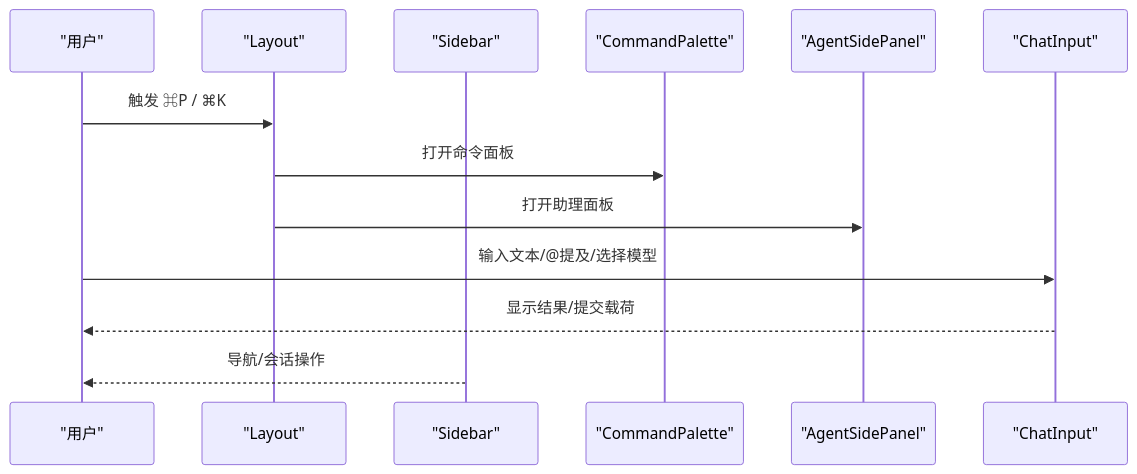
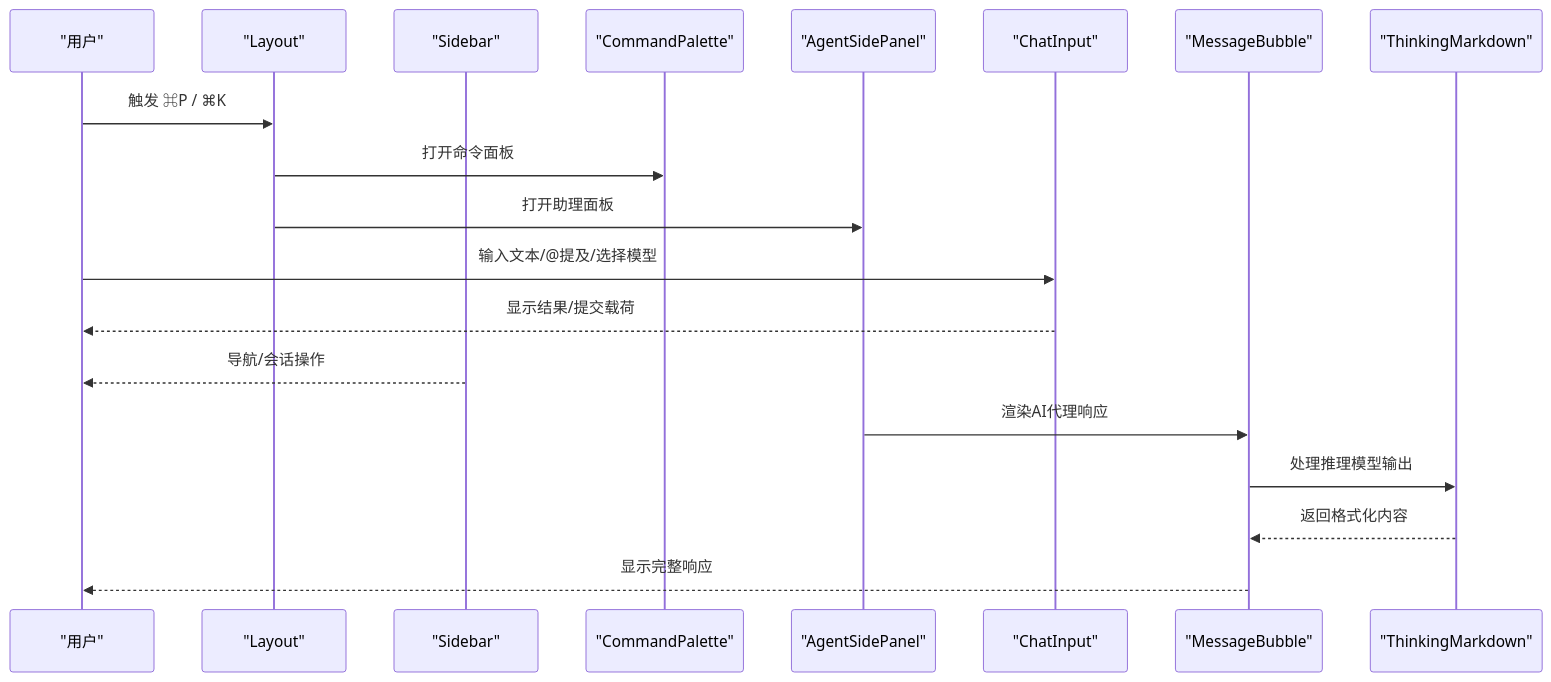
The second of 9 diagrams in .qoder/repowiki/zh/content/前端应用/UI 组件库/高级组件.md (xied1133-oss/ongrid), drawn with Mermaid before and after one commit. The commit also changed other lines of this file and 298 other files, not shown here.

````diff
--- a/.qoder/repowiki/zh/content/前端应用/UI 组件库/高级组件.md
+++ b/.qoder/repowiki/zh/content/前端应用/UI 组件库/高级组件.md
@@ -93,15 +117,21 @@
 ```mermaid
 sequenceDiagram
 participant U as "用户"
 participant L as "Layout"
 participant S as "Sidebar"
 participant P as "CommandPalette"
 participant A as "AgentSidePanel"
 participant C as "ChatInput"
+participant M as "MessageBubble"
+participant T as "ThinkingMarkdown"
 U->>L : 触发 ⌘P / ⌘K
 L->>P : 打开命令面板
 L->>A : 打开助理面板
 U->>C : 输入文本/@提及/选择模型
 C-->>U : 显示结果/提交载荷
 S-->>U : 导航/会话操作
+A->>M : 渲染AI代理响应
+M->>T : 处理推理模型输出
+T-->>M : 返回格式化内容
+M-->>U : 显示完整响应
 ```
````
